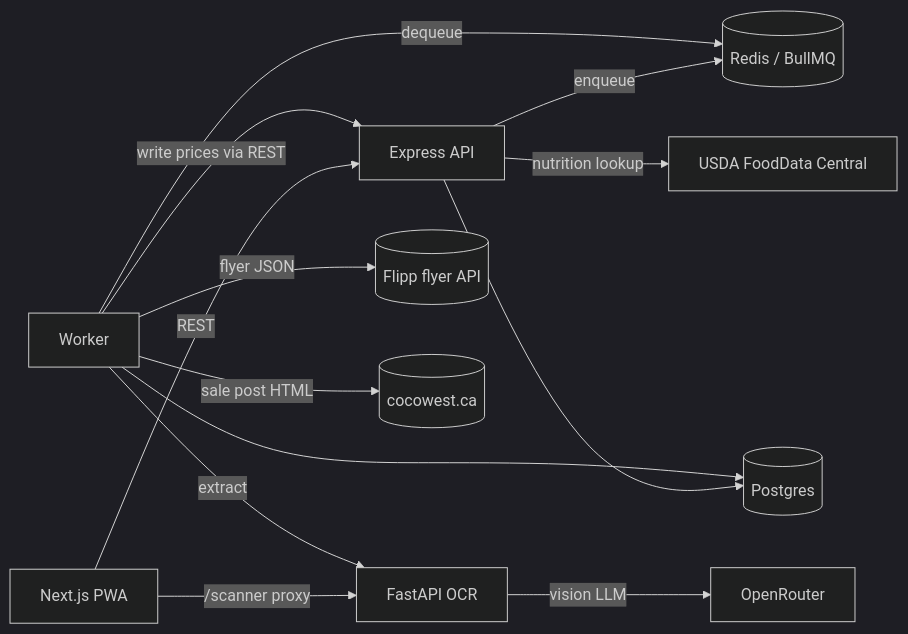
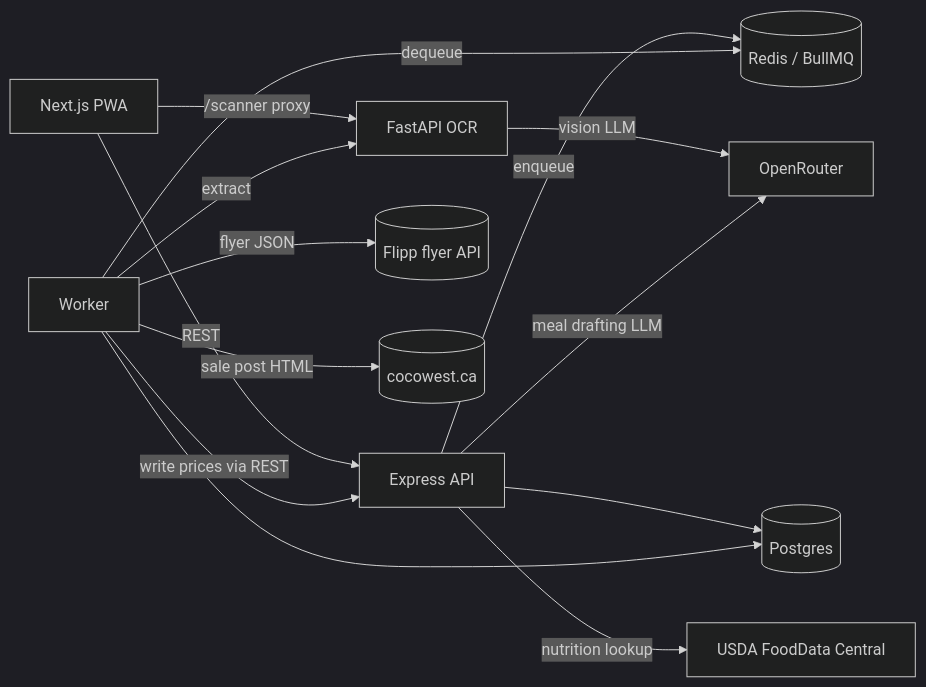
Before and after one commit to Jack-Mei-UBC/FoodTracker: the first of 2 diagrams in README.md, drawn with Mermaid (dark theme). The commit also changed other lines of this file and 14 other files, not shown here.

````diff
--- a/README.md
+++ b/README.md
@@ -35,15 +35,16 @@
 ```mermaid
 flowchart LR
   UI[Next.js PWA] -->|REST| API[Express API]
   UI -->|/scanner proxy| OCR[FastAPI OCR]
   API -->|enqueue| Q[(Redis / BullMQ)]
   W[Worker] -->|dequeue| Q
   W -->|flyer JSON| Flipp[(Flipp flyer API)]
   W -->|sale post HTML| Cocowest[(cocowest.ca)]
   W -->|write prices via REST| API
   W -->|extract| OCR
   OCR -->|vision LLM| OR[OpenRouter]
+  API -->|meal drafting LLM| OR
   API --> DB[(Postgres)]
   W --> DB
   API -->|nutrition lookup| FDC[USDA FoodData Central]
 ```
````
